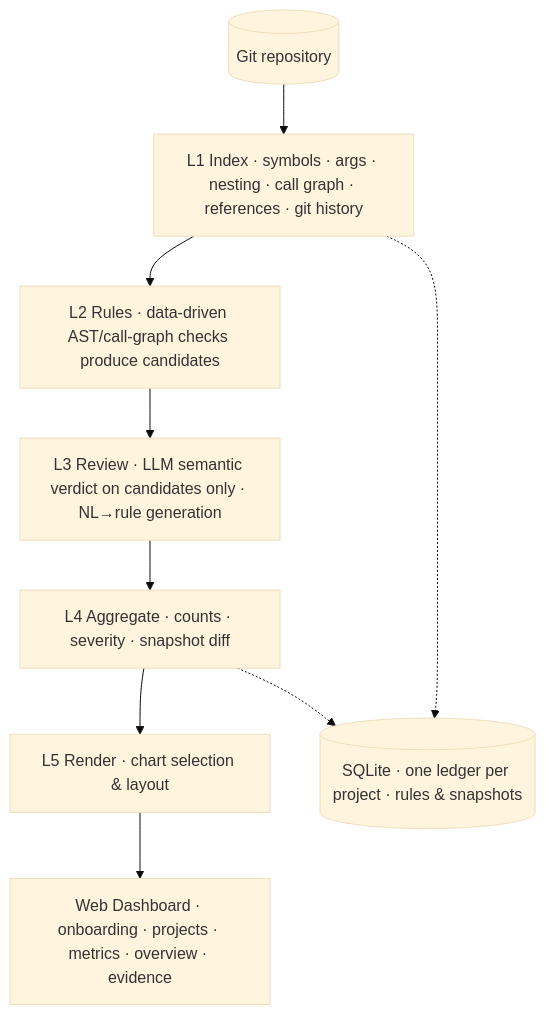
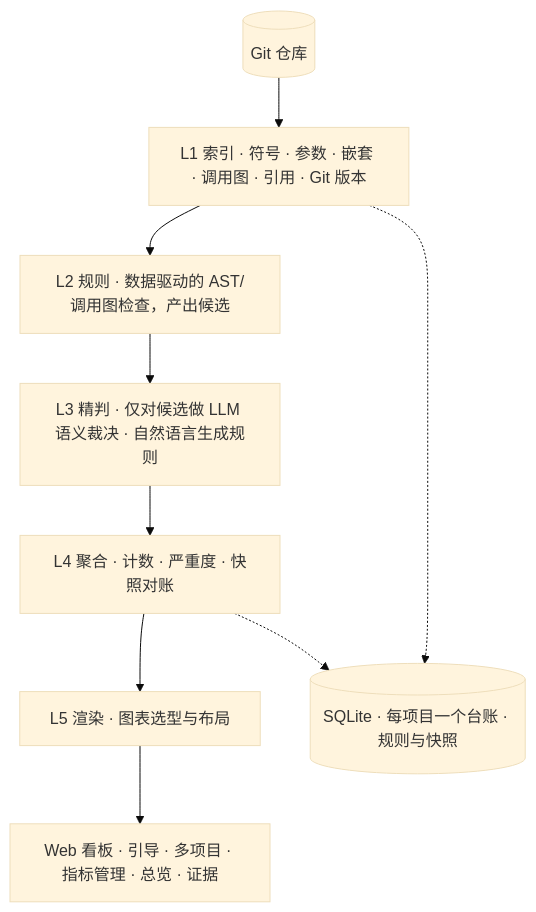
The diagram in README.md (taoyongpan/Debtscope), drawn with Mermaid (base theme) before and after one commit. The commit also changed other lines of this file and 20 other files, not shown here.

````diff
--- a/README.md
+++ b/README.md
@@ -72,14 +81,14 @@
 ```mermaid
 flowchart TB
-    UI["Web Dashboard · onboarding · projects · metrics · overview · evidence"]
-    L5["L5 Render · chart selection & layout"]
-    L4["L4 Aggregate · counts · severity · snapshot diff"]
-    L3["L3 Review · LLM semantic verdict on candidates only · NL→rule generation"]
-    L2["L2 Rules · data-driven AST/call-graph checks produce candidates"]
-    L1["L1 Index · symbols · args · nesting · call graph · references · git history"]
-    REPO[("Git repository")]
+    UI["Web 看板 · 引导 · 多项目 · 指标管理 · 总览 · 证据"]
+    L5["L5 渲染 · 图表选型与布局"]
+    L4["L4 聚合 · 计数 · 严重度 · 快照对账"]
+    L3["L3 精判 · 仅对候选做 LLM 语义裁决 · 自然语言生成规则"]
+    L2["L2 规则 · 数据驱动的 AST/调用图检查，产出候选"]
+    L1["L1 索引 · 符号 · 参数 · 嵌套 · 调用图 · 引用 · Git 版本"]
+    REPO[("Git 仓库")]
     REPO --> L1 --> L2 --> L3 --> L4 --> L5 --> UI
-    DB[("SQLite · one ledger per project · rules & snapshots")]
+    DB[("SQLite · 每项目一个台账 · 规则与快照")]
     L1 -.-> DB
     L4 -.-> DB
 ```
````
